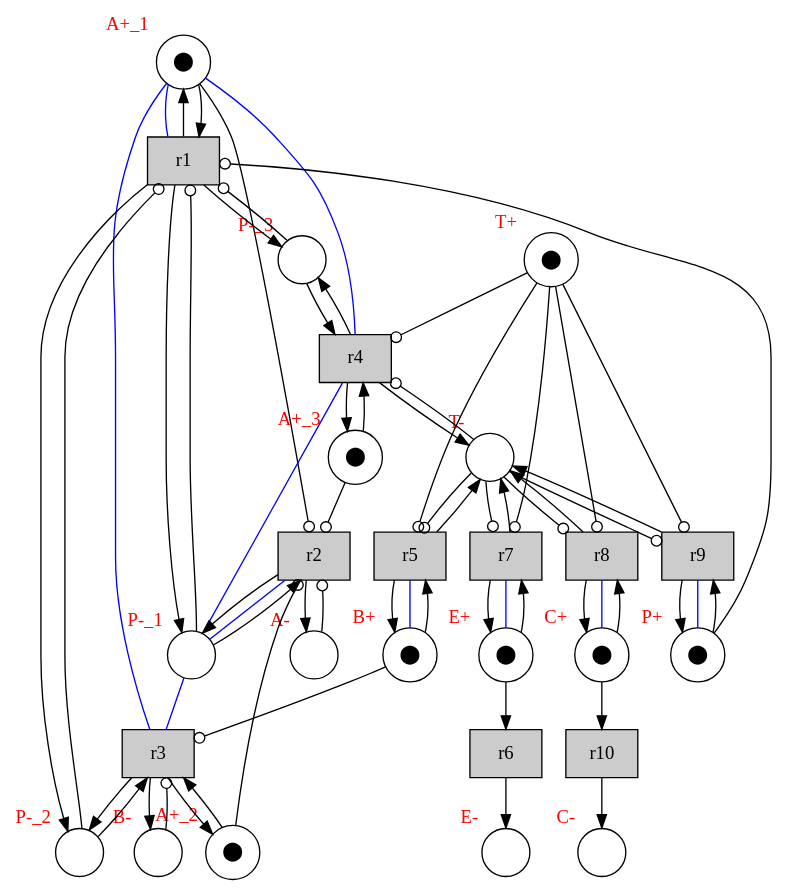
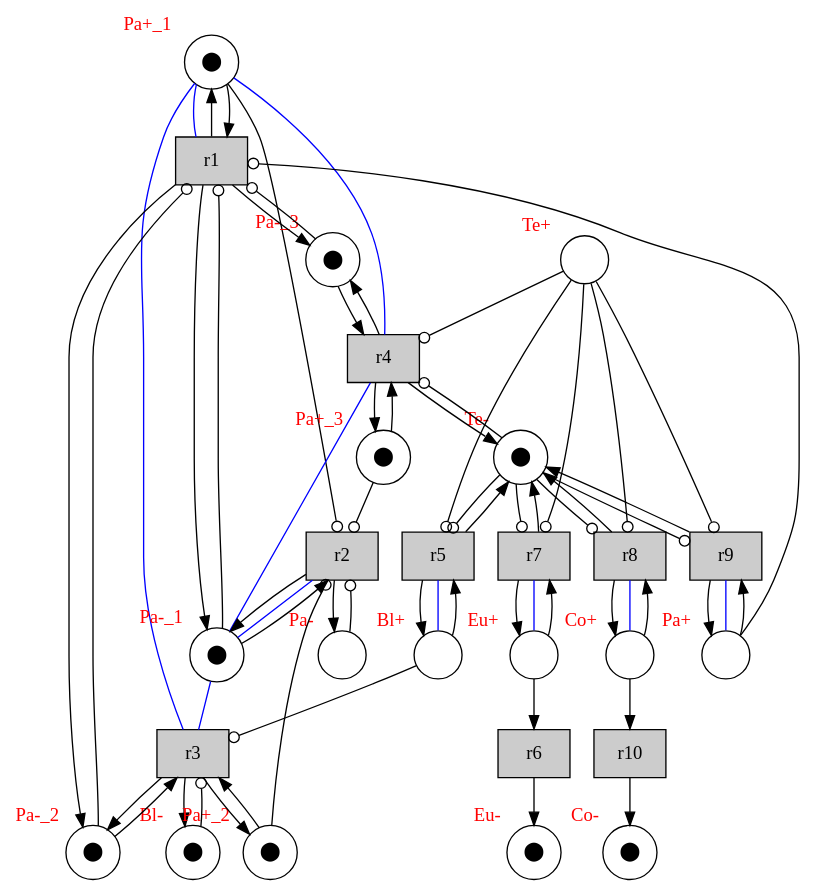
The diagram in examples/protists/protists_eg_pr_net.dot (giannkas/ecofolder), drawn with Graphviz before and after one commit. The commit also changed 229 other files, not shown here.

```diff
--- a/examples/protists/protists_eg_pr_net.dot
+++ b/examples/protists/protists_eg_pr_net.dot
@@ -1,92 +1,92 @@
 digraph test {
   p1 -> t1 [arrowhead=none color="blue"];
   p10 -> t2 [arrowhead=none color="blue"];
   p1 -> t3 [arrowhead=none color="blue"];
   p10 -> t3 [arrowhead=none color="blue"];
   p1 -> t4 [arrowhead=none color="blue"];
   p10 -> t4 [arrowhead=none color="blue"];
   p3 -> t5 [arrowhead=none color="blue"];
   p7 -> t7 [arrowhead=none color="blue"];
   p5 -> t8 [arrowhead=none color="blue"];
   p9 -> t9 [arrowhead=none color="blue"];
   t1 -> p14;
   t1 -> p16;
   t1 -> p10;
   t2 -> p2;
   t3 -> p4;
   t4 -> p12;
   t5 -> p12;
   t6 -> p8;
   t7 -> p12;
   t8 -> p12;
   t9 -> p12;
   t10 -> p6;
   t1 -> p1;
   t2 -> p10;
   t3 -> p13;
   t3 -> p14;
   t4 -> p15;
   t4 -> p16;
   t5 -> p3;
   t7 -> p7;
   t8 -> p5;
   t9 -> p9;
   p7 -> t6;
   p5 -> t10;
   p1 -> t1;
   p10 -> t2;
   p13 -> t3;
   p14 -> t3;
   p15 -> t4;
   p16 -> t4;
   p3 -> t5;
   p7 -> t7;
   p5 -> t8;
   p9 -> t9;
   p9 -> t1 [arrowhead=odot];
   p14 -> t1 [arrowhead=odot];
   p16 -> t1 [arrowhead=odot];
   p10 -> t1 [arrowhead=odot];
   p13 -> t2 [arrowhead=odot];
   p15 -> t2 [arrowhead=odot];
   p1 -> t2 [arrowhead=odot];
   p2 -> t2 [arrowhead=odot];
   p3 -> t3 [arrowhead=odot];
   p4 -> t3 [arrowhead=odot];
   p11 -> t4 [arrowhead=odot];
   p12 -> t4 [arrowhead=odot];
   p11 -> t5 [arrowhead=odot];
   p12 -> t5 [arrowhead=odot];
   p11 -> t7 [arrowhead=odot];
   p12 -> t7 [arrowhead=odot];
   p11 -> t8 [arrowhead=odot];
   p12 -> t8 [arrowhead=odot];
   p11 -> t9 [arrowhead=odot];
   p12 -> t9 [arrowhead=odot];
-  p1 [label=⬤ xlabel= <<FONT COLOR="red">A+_1</FONT>> shape=circle ];
-  p2 [label="" xlabel= <<FONT COLOR="red">A-</FONT>> shape=circle ];
-  p3 [label=⬤ xlabel= <<FONT COLOR="red">B+</FONT>> shape=circle ];
-  p4 [label="" xlabel= <<FONT COLOR="red">B-</FONT>> shape=circle ];
-  p5 [label=⬤ xlabel= <<FONT COLOR="red">C+</FONT>> shape=circle ];
-  p6 [label="" xlabel= <<FONT COLOR="red">C-</FONT>> shape=circle ];
-  p7 [label=⬤ xlabel= <<FONT COLOR="red">E+</FONT>> shape=circle ];
-  p8 [label="" xlabel= <<FONT COLOR="red">E-</FONT>> shape=circle ];
-  p9 [label=⬤ xlabel= <<FONT COLOR="red">P+</FONT>> shape=circle ];
-  p10 [label="" xlabel= <<FONT COLOR="red">P-_1</FONT>> shape=circle ];
-  p11 [label=⬤ xlabel= <<FONT COLOR="red">T+</FONT>> shape=circle ];
-  p12 [label="" xlabel= <<FONT COLOR="red">T-</FONT>> shape=circle ];
-  p13 [label=⬤ xlabel= <<FONT COLOR="red">A+_2</FONT>> shape=circle ];
-  p14 [label="" xlabel= <<FONT COLOR="red">P-_2</FONT>> shape=circle ];
-  p15 [label=⬤ xlabel= <<FONT COLOR="red">A+_3</FONT>> shape=circle ];
-  p16 [label="" xlabel= <<FONT COLOR="red">P-_3</FONT>> shape=circle ];
+  p1 [label=⬤ xlabel= <<FONT COLOR="red">Pa+_1</FONT>> shape=circle ];
+  p2 [label="" xlabel= <<FONT COLOR="red">Pa-</FONT>> shape=circle ];
+  p3 [label="" xlabel= <<FONT COLOR="red">Bl+</FONT>> shape=circle ];
+  p4 [label=⬤ xlabel= <<FONT COLOR="red">Bl-</FONT>> shape=circle ];
+  p5 [label="" xlabel= <<FONT COLOR="red">Co+</FONT>> shape=circle ];
+  p6 [label=⬤ xlabel= <<FONT COLOR="red">Co-</FONT>> shape=circle ];
+  p7 [label="" xlabel= <<FONT COLOR="red">Eu+</FONT>> shape=circle ];
+  p8 [label=⬤ xlabel= <<FONT COLOR="red">Eu-</FONT>> shape=circle ];
+  p9 [label="" xlabel= <<FONT COLOR="red">Pa+</FONT>> shape=circle ];
+  p10 [label=⬤ xlabel= <<FONT COLOR="red">Pa-_1</FONT>> shape=circle ];
+  p11 [label="" xlabel= <<FONT COLOR="red">Te+</FONT>> shape=circle ];
+  p12 [label=⬤ xlabel= <<FONT COLOR="red">Te-</FONT>> shape=circle ];
+  p13 [label=⬤ xlabel= <<FONT COLOR="red">Pa+_2</FONT>> shape=circle ];
+  p14 [label=⬤ xlabel= <<FONT COLOR="red">Pa-_2</FONT>> shape=circle ];
+  p15 [label=⬤ xlabel= <<FONT COLOR="red">Pa+_3</FONT>> shape=circle ];
+  p16 [label=⬤ xlabel= <<FONT COLOR="red">Pa-_3</FONT>> shape=circle ];
   t1 [fillcolor="#cccccc" label="r1" shape=box style=filled];
   t2 [fillcolor="#cccccc" label="r2" shape=box style=filled];
   t3 [fillcolor="#cccccc" label="r3" shape=box style=filled];
   t4 [fillcolor="#cccccc" label="r4" shape=box style=filled];
   t5 [fillcolor="#cccccc" label="r5" shape=box style=filled];
   t6 [fillcolor="#cccccc" label="r6" shape=box style=filled];
   t7 [fillcolor="#cccccc" label="r7" shape=box style=filled];
   t8 [fillcolor="#cccccc" label="r8" shape=box style=filled];
   t9 [fillcolor="#cccccc" label="r9" shape=box style=filled];
   t10 [fillcolor="#cccccc" label="r10" shape=box style=filled];
 }
```
